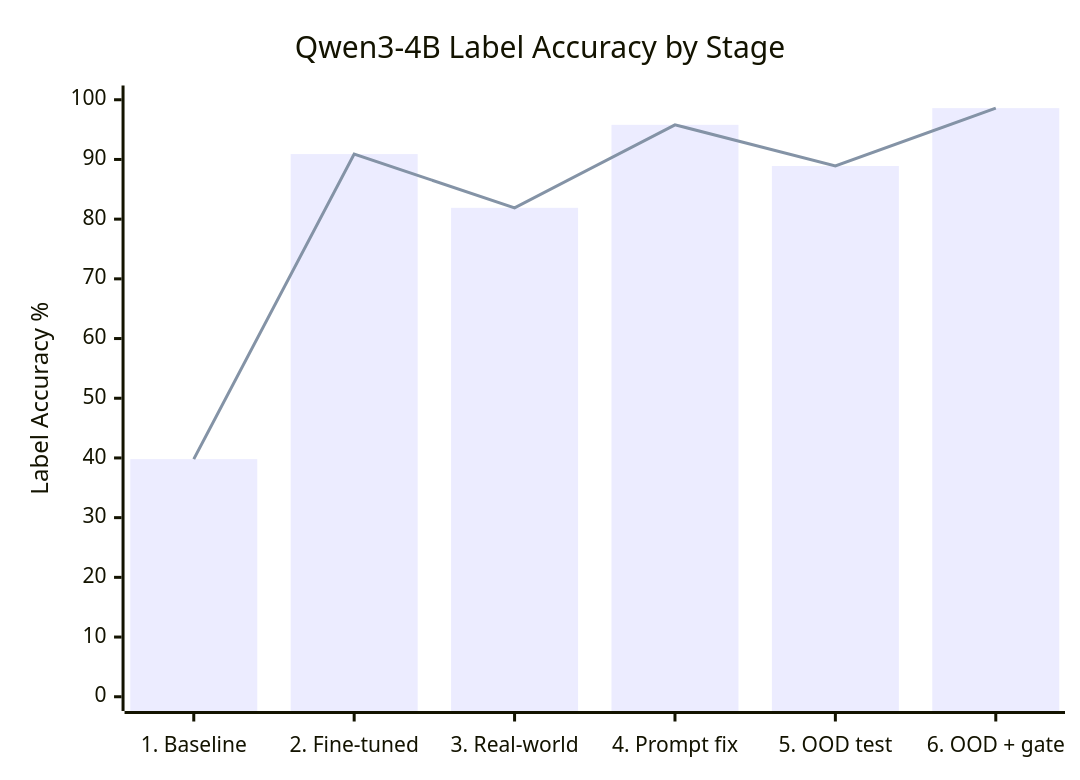
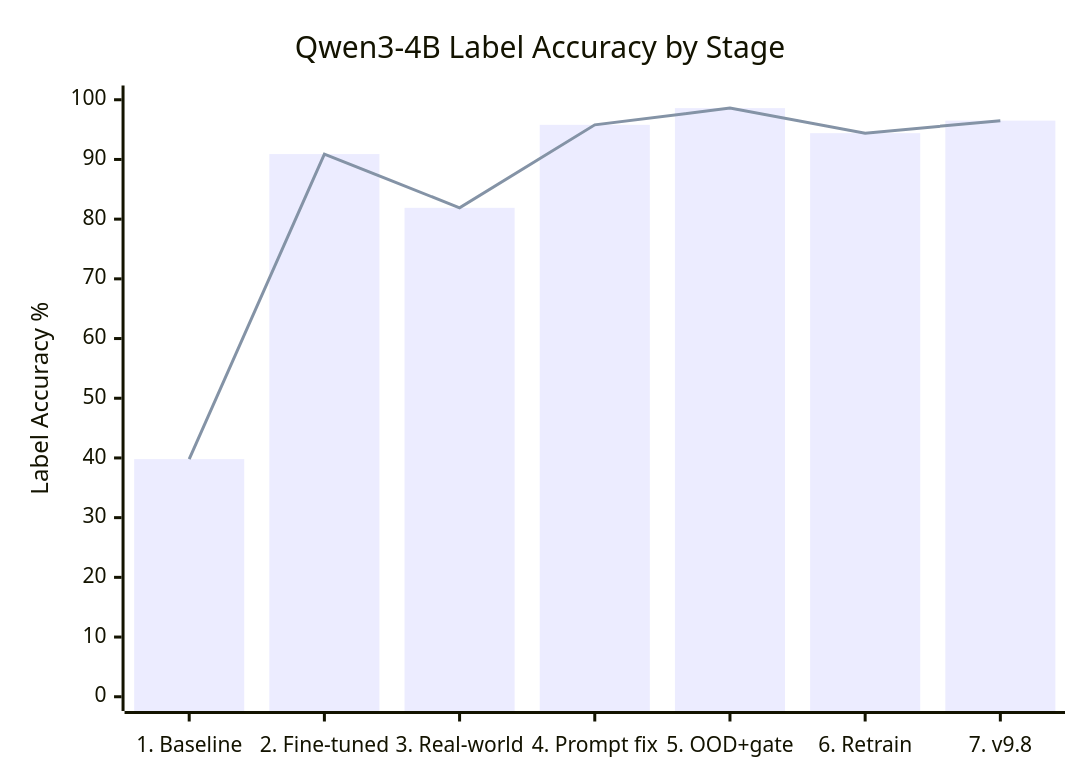
Before and after one commit to FaisalFehad/llm_eval_harness: the first of 5 diagrams in README.md, drawn with Mermaid. The commit also changed other lines of this file and 308 other files, not shown here.

````diff
--- a/README.md
+++ b/README.md
@@ -28,8 +31,8 @@
 ```mermaid
 xychart-beta
     title "Qwen3-4B Label Accuracy by Stage"
-    x-axis ["1. Baseline", "2. Fine-tuned", "3. Real-world", "4. Prompt fix", "5. OOD test", "6. OOD + gate"]
+    x-axis ["1. Baseline", "2. Fine-tuned", "3. Real-world", "4. Prompt fix", "5. OOD+gate", "6. Retrain", "7. v9.8"]
     y-axis "Label Accuracy %" 0 --> 100
-    bar [39.8, 90.9, 81.9, 95.8, 88.9, 98.6]
-    line [39.8, 90.9, 81.9, 95.8, 88.9, 98.6]
+    bar [39.8, 90.9, 81.9, 95.8, 98.6, 94.4, 96.5]
+    line [39.8, 90.9, 81.9, 95.8, 98.6, 94.4, 96.5]
 ```
````
